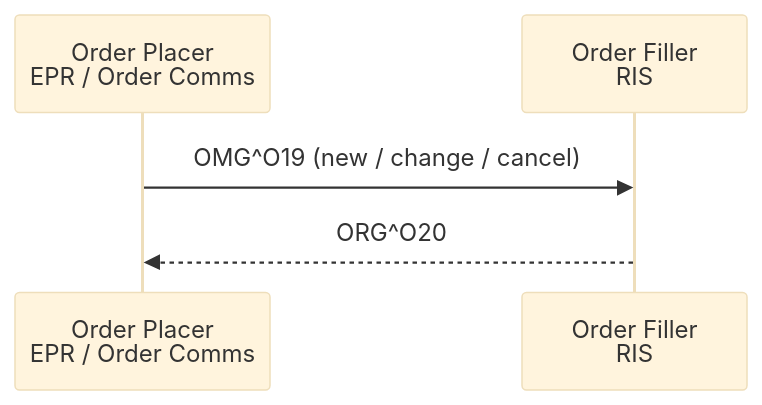
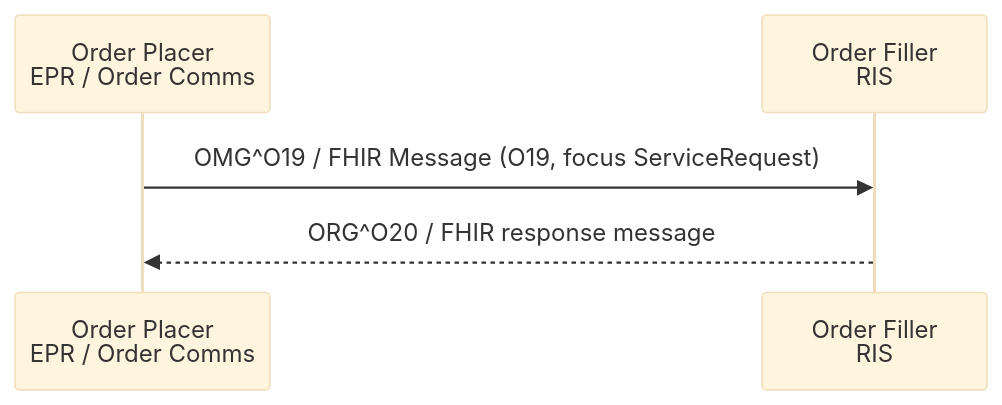
The diagram in input/pagecontent/RAD-2.md (KevinMayfield/Imaging), drawn with Mermaid (base theme) before and after one commit. The commit also changed other lines of this file and 8 other files, not shown here.

First line of the commit message:
Add RAD-128 FHIR mapping and Imaging Order (O19) FHIR Message

````diff
--- a/input/pagecontent/RAD-2.md
+++ b/input/pagecontent/RAD-2.md
@@ -33,7 +33,7 @@
 ```mermaid
 sequenceDiagram
     participant OP as Order Placer<br/>EPR / Order Comms
     participant OF as Order Filler<br/>RIS
-    OP ->> OF: OMG^O19 (new / change / cancel)
-    OF -->> OP: ORG^O20
+    OP ->> OF: OMG^O19 / FHIR Message (O19, focus ServiceRequest)
+    OF -->> OP: ORG^O20 / FHIR response message
 ```
````
